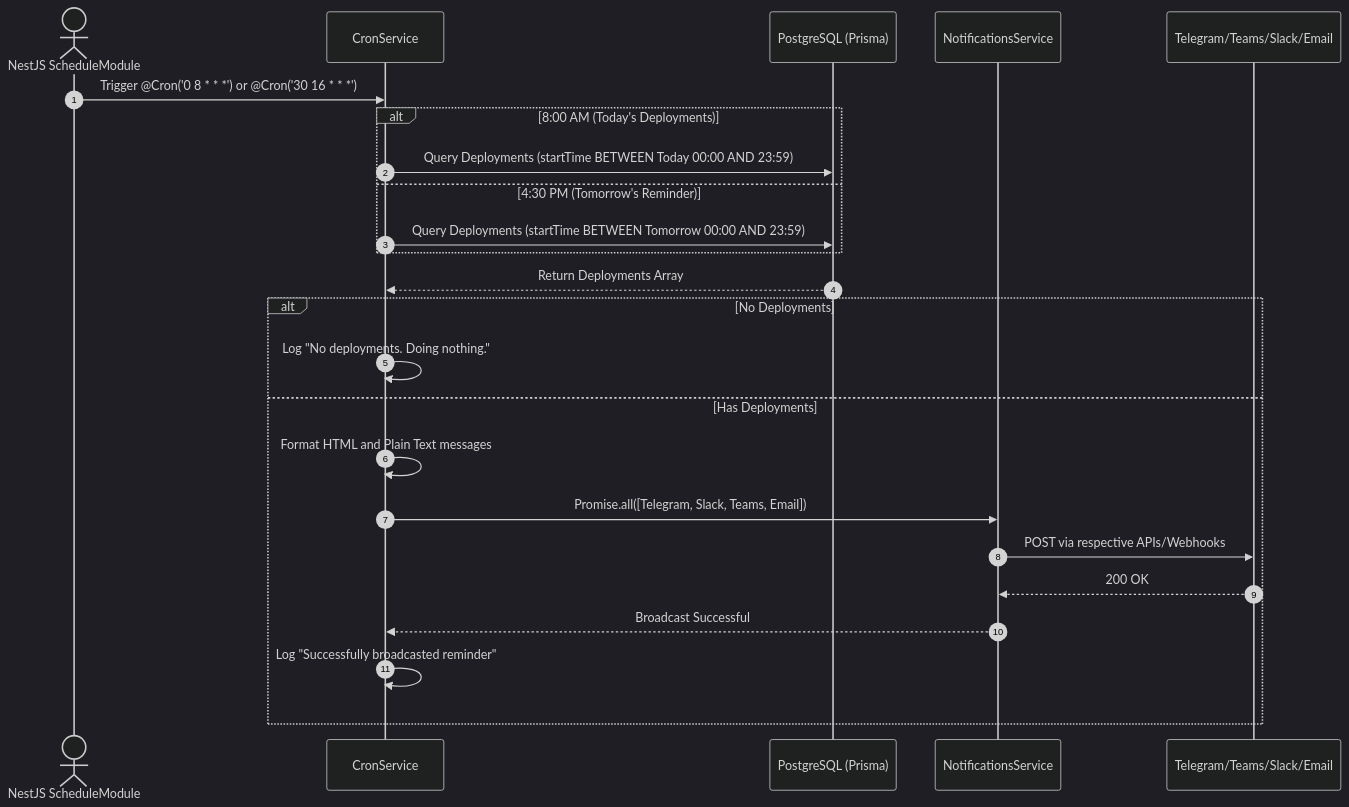
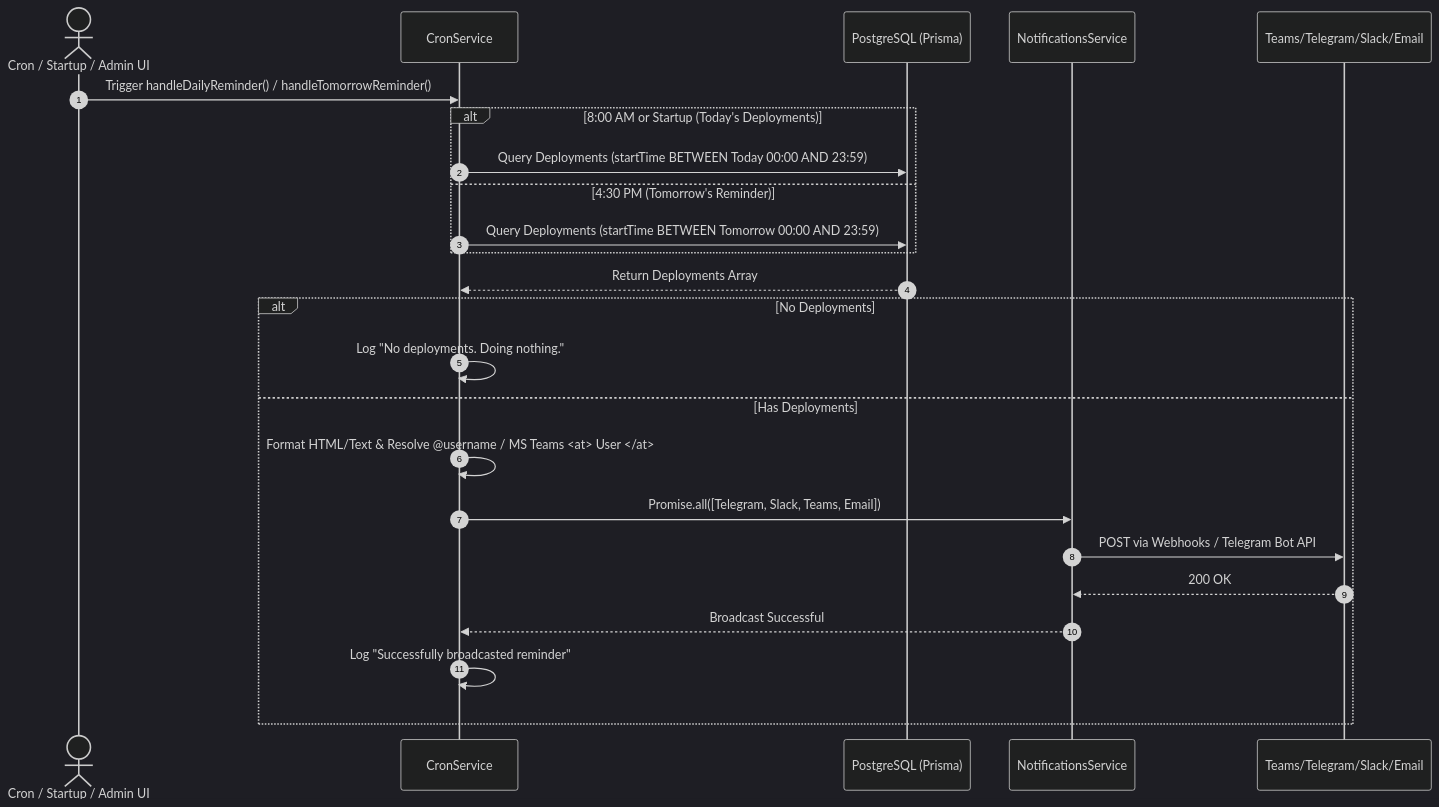
The second of 2 diagrams in docs/03-Features-and-Usecases/03.4-automated-reminders.md (quocanhDev99/release_flow_platform), drawn with Mermaid (dark theme) before and after one commit. The commit also changed other lines of this file and 18 other files, not shown here.

````diff
--- a/docs/03-Features-and-Usecases/03.4-automated-reminders.md
+++ b/docs/03-Features-and-Usecases/03.4-automated-reminders.md
@@ -39,31 +61,31 @@
 ```mermaid
 sequenceDiagram
     autonumber
-    actor Cron as NestJS ScheduleModule
+    actor Trigger as Cron / Startup / Admin UI
     participant Service as CronService
     participant DB as PostgreSQL (Prisma)
     participant Notif as NotificationsService
-    participant Channels as Telegram/Teams/Slack/Email
+    participant Channels as Teams/Telegram/Slack/Email
 
-    Cron->>Service: Trigger @Cron('0 8 * * *') or @Cron('30 16 * * *')
+    Trigger->>Service: Trigger handleDailyReminder() / handleTomorrowReminder()
     
-    alt 8:00 AM (Today's Deployments)
+    alt 8:00 AM or Startup (Today's Deployments)
         Service->>DB: Query Deployments (startTime BETWEEN Today 00:00 AND 23:59)
     else 4:30 PM (Tomorrow's Reminder)
         Service->>DB: Query Deployments (startTime BETWEEN Tomorrow 00:00 AND 23:59)
     end
     
     DB-->>Service: Return Deployments Array
     
     alt No Deployments
         Service->>Service: Log "No deployments. Doing nothing."
     else Has Deployments
-        Service->>Service: Format HTML and Plain Text messages
+        Service->>Service: Format HTML/Text & Resolve @username / MS Teams <at> User </at>
         Service->>Notif: Promise.all([Telegram, Slack, Teams, Email])
         
-        Notif->>Channels: POST via respective APIs/Webhooks
+        Notif->>Channels: POST via Webhooks / Telegram Bot API
         Channels-->>Notif: 200 OK
         Notif-->>Service: Broadcast Successful
         Service->>Service: Log "Successfully broadcasted reminder"
     end
 ```
````
